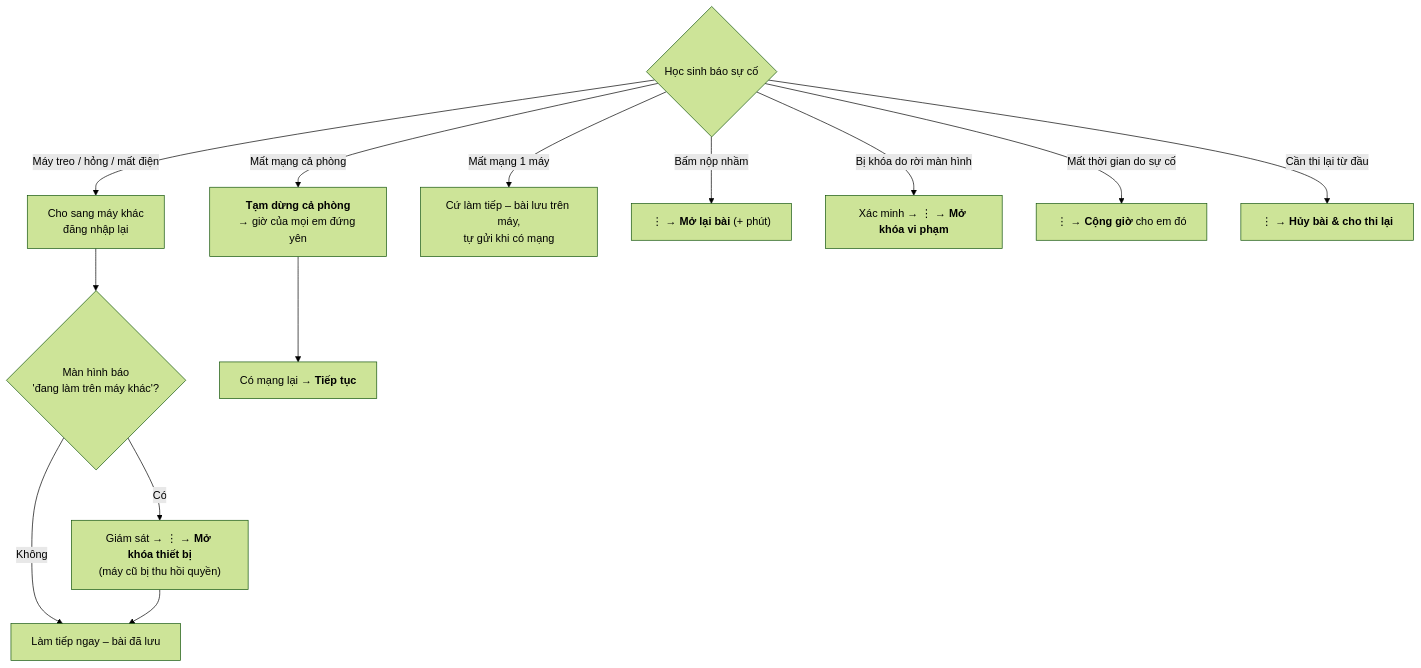
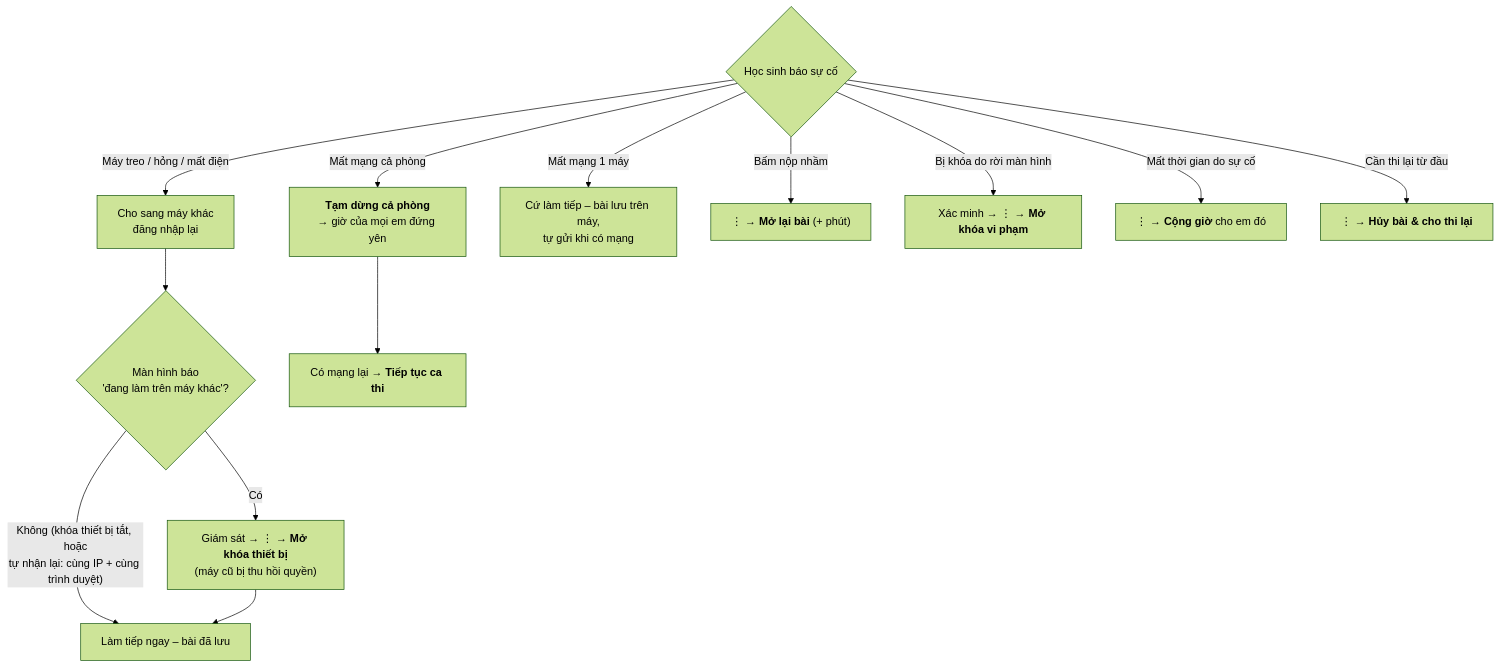
Before and after one commit to tlearnvn/web-thi-tracnghiem-totnghiep: the second of 3 diagrams in docs/HUONG-DAN-SU-DUNG.md, drawn with Mermaid (forest theme). The commit also changed other lines of this file and 21 other files, not shown here.

````diff
--- a/docs/HUONG-DAN-SU-DUNG.md
+++ b/docs/HUONG-DAN-SU-DUNG.md
@@ -206,15 +214,15 @@
 ```mermaid
 flowchart TD
     Q{"Học sinh báo sự cố"} -->|"Máy treo / hỏng / mất điện"| A["Cho sang máy khác<br/>đăng nhập lại"]
     A --> A2{"Màn hình báo<br/>'đang làm trên máy khác'?"}
     A2 -->|Có| A3["Giám sát → ⋮ → <b>Mở khóa thiết bị</b><br/>(máy cũ bị thu hồi quyền)"]
-    A2 -->|Không| A4["Làm tiếp ngay – bài đã lưu"]
+    A2 -->|"Không (khóa thiết bị tắt, hoặc<br/>tự nhận lại: cùng IP + cùng trình duyệt)"| A4["Làm tiếp ngay – bài đã lưu"]
     A3 --> A4
     Q -->|"Mất mạng cả phòng"| B["<b>Tạm dừng cả phòng</b><br/>→ giờ của mọi em đứng yên"]
-    B --> B2["Có mạng lại → <b>Tiếp tục</b>"]
+    B --> B2["Có mạng lại → <b>Tiếp tục ca thi</b>"]
     Q -->|"Mất mạng 1 máy"| C["Cứ làm tiếp – bài lưu trên máy,<br/>tự gửi khi có mạng"]
     Q -->|"Bấm nộp nhầm"| D["⋮ → <b>Mở lại bài</b> (+ phút)"]
     Q -->|"Bị khóa do rời màn hình"| E["Xác minh → ⋮ → <b>Mở khóa vi phạm</b>"]
     Q -->|"Mất thời gian do sự cố"| F["⋮ → <b>Cộng giờ</b> cho em đó"]
     Q -->|"Cần thi lại từ đầu"| G["⋮ → <b>Hủy bài & cho thi lại</b>"]
 ```
````
